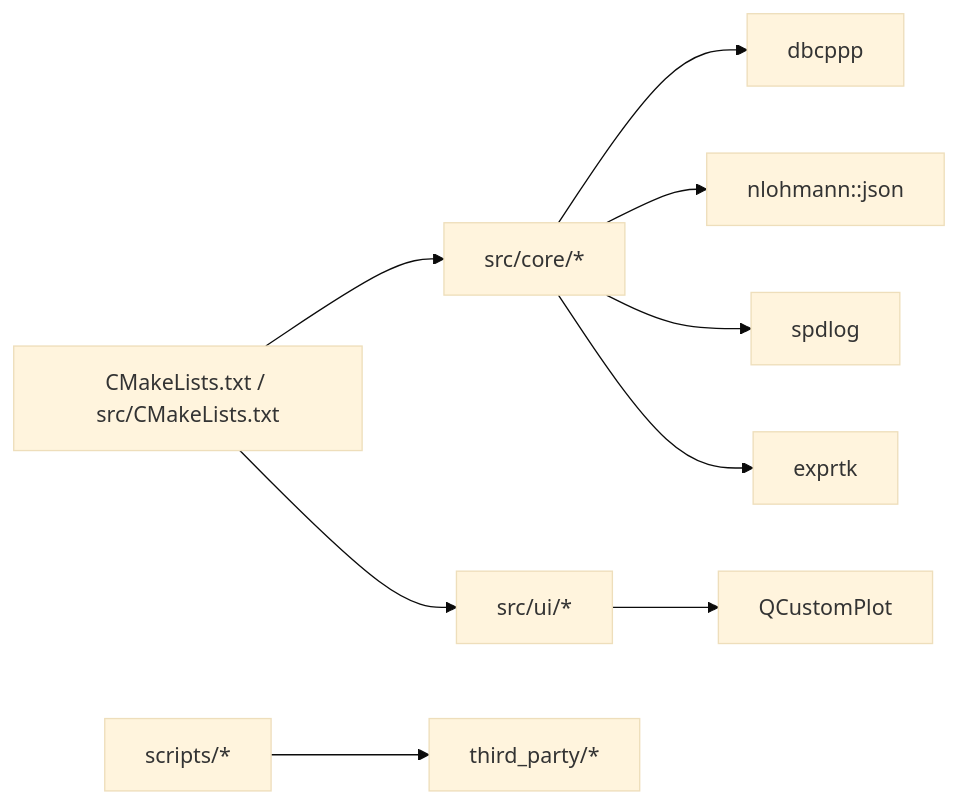
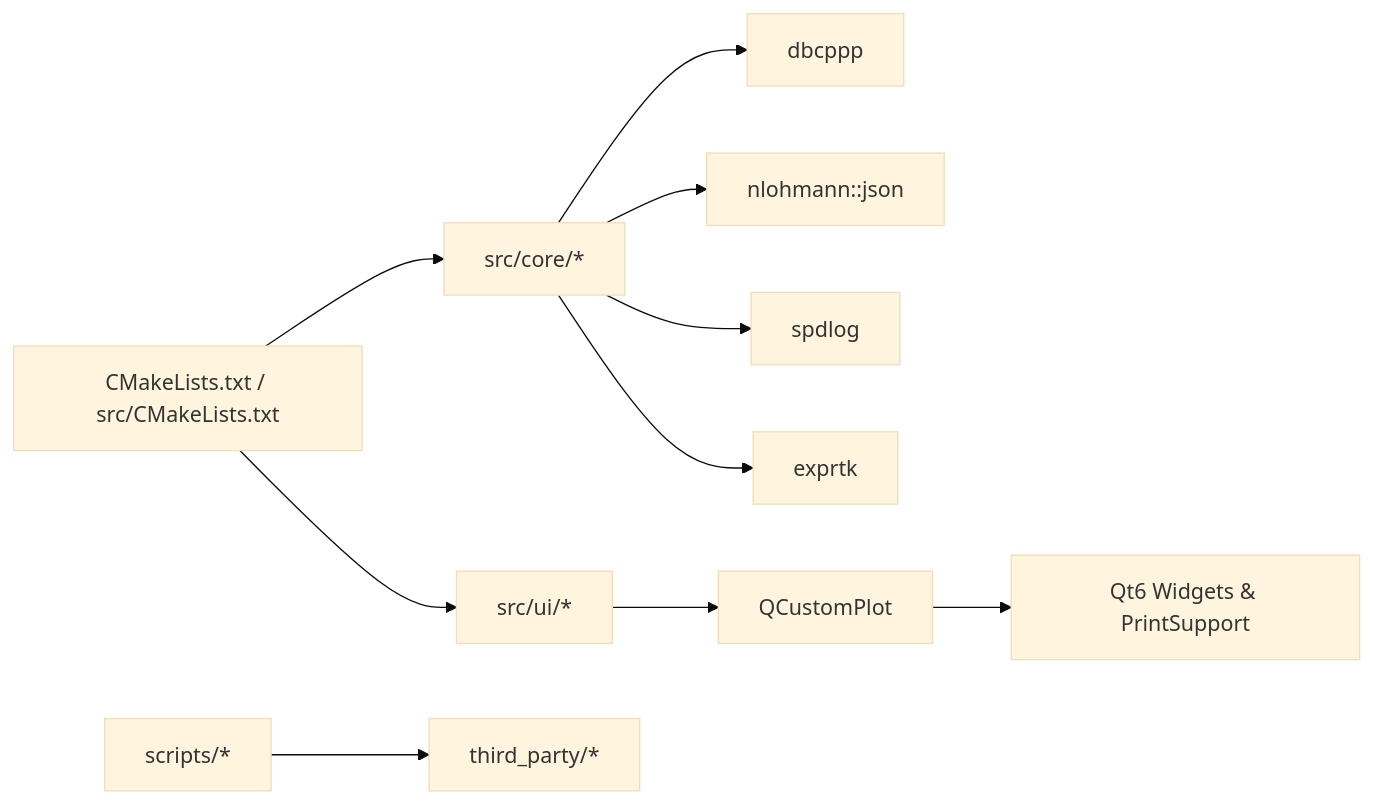
The fifth of 5 diagrams in .qoder/repowiki/zh/content/构建和部署/第三方组件集成.md (jakecai1225-design/OpenBus), drawn with Mermaid (base theme) before and after one commit. The commit also changed other lines of this file and 71 other files, not shown here.

Commit message:
graphic trace

````diff
--- a/.qoder/repowiki/zh/content/构建和部署/第三方组件集成.md
+++ b/.qoder/repowiki/zh/content/构建和部署/第三方组件集成.md
@@ -218,11 +265,12 @@
 ```mermaid
 graph LR
 Core["src/core/*"] --> DBCPP["dbcppp"]
 Core --> JSON["nlohmann::json"]
 Core --> SPDLOG["spdlog"]
 Core --> EXPRTK["exprtk"]
 UI["src/ui/*"] --> QCP["QCustomPlot"]
+QCP --> QT["Qt6 Widgets & PrintSupport"]
 Build["CMakeLists.txt / src/CMakeLists.txt"] --> Core
 Build --> UI
 Scripts["scripts/*"] --> ThirdParty["third_party/*"]
 ```
````
